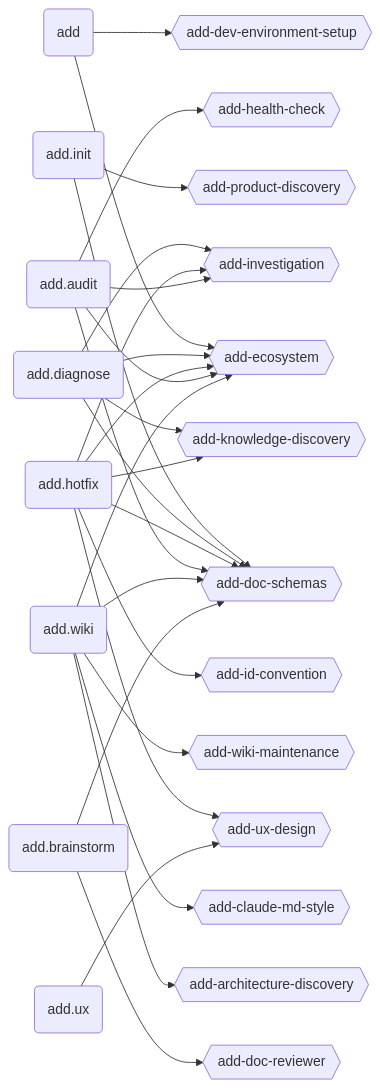
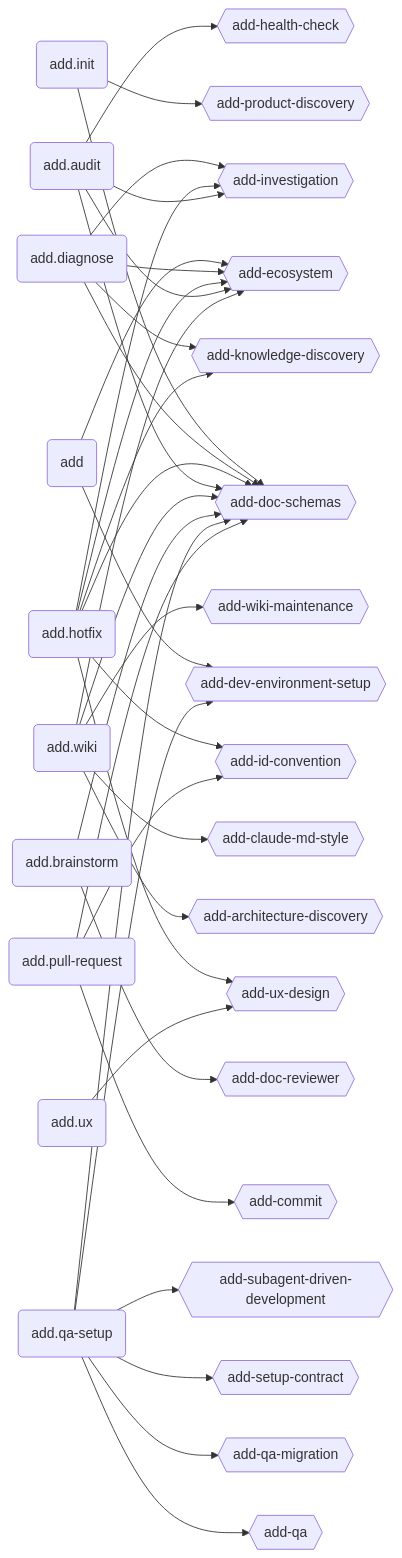
Before and after one commit to brabos-ai/code-addiction: the second of 3 diagrams in ecosystem.md, drawn with Mermaid. The commit also changed other lines of this file and 14 other files, not shown here.

````diff
--- a/ecosystem.md
+++ b/ecosystem.md
@@ -49,34 +46,43 @@
 ```mermaid
 graph LR
   ADD(add)
   INIT(add.init)
   DIAGNOSE(add.diagnose)
   HOTFIX(add.hotfix)
   AUDIT(add.audit)
   WIKI(add.wiki)
   BRAINSTORM(add.brainstorm)
-  UX_CMD(add.ux)
+  UX(add.ux)
+  QASETUP(add.qa-setup)
+  PULLREQUEST(add.pull-request)
 
-  AD{{add-architecture-discovery}}
-  CMS{{add-claude-md-style}}
-  DE{{add-dev-environment-setup}}
-  DR{{add-doc-reviewer}}
-  DS{{add-doc-schemas}}
-  ECO{{add-ecosystem}}
-  HC{{add-health-check}}
-  ID{{add-id-convention}}
-  IV{{add-investigation}}
-  KD{{add-knowledge-discovery}}
-  PD{{add-product-discovery}}
-  UX{{add-ux-design}}
-  WM{{add-wiki-maintenance}}
+  ARDI{{add-architecture-discovery}}
+  CLMDST{{add-claude-md-style}}
+  CO{{add-commit}}
+  DEENSE{{add-dev-environment-setup}}
+  DORE{{add-doc-reviewer}}
+  DOSC{{add-doc-schemas}}
+  EC{{add-ecosystem}}
+  HECH{{add-health-check}}
+  IDCO{{add-id-convention}}
+  IN{{add-investigation}}
+  KNDI{{add-knowledge-discovery}}
+  PRDI{{add-product-discovery}}
+  QA{{add-qa}}
+  QAMI{{add-qa-migration}}
+  SECO{{add-setup-contract}}
+  SUDRDE{{add-subagent-driven-development}}
+  UXDE{{add-ux-design}}
+  WIMA{{add-wiki-maintenance}}
 
-  ADD --> ECO & DE
-  INIT --> DS & PD
-  DIAGNOSE --> DS & ECO & IV & KD
-  HOTFIX --> DS & ECO & ID & IV & KD & UX
-  AUDIT --> DS & ECO & HC & IV
-  WIKI --> AD & CMS & DS & ECO & WM
-  BRAINSTORM --> DR & DS
-  UX_CMD --> UX
+  ADD --> DEENSE & EC
+  INIT --> DOSC & PRDI
+  DIAGNOSE --> DOSC & EC & IN & KNDI
+  HOTFIX --> DOSC & EC & IDCO & IN & KNDI & UXDE
+  AUDIT --> DOSC & EC & HECH & IN
+  WIKI --> ARDI & CLMDST & DOSC & EC & WIMA
+  BRAINSTORM --> DORE & DOSC
+  UX --> UXDE
+  QASETUP --> DEENSE & DOSC & QA & QAMI & SECO & SUDRDE
+  PULLREQUEST --> CO & DOSC & IDCO
 ```
````
